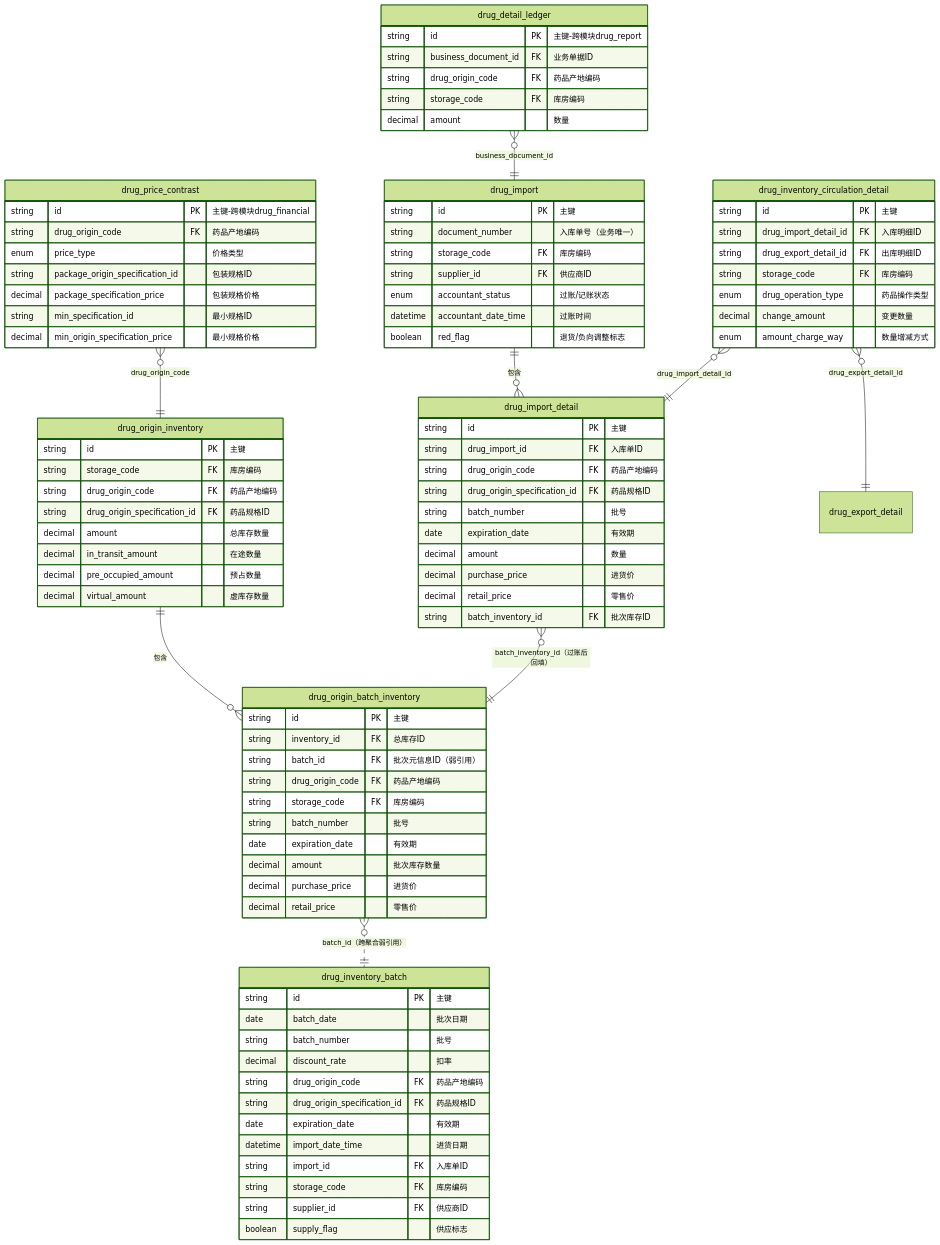
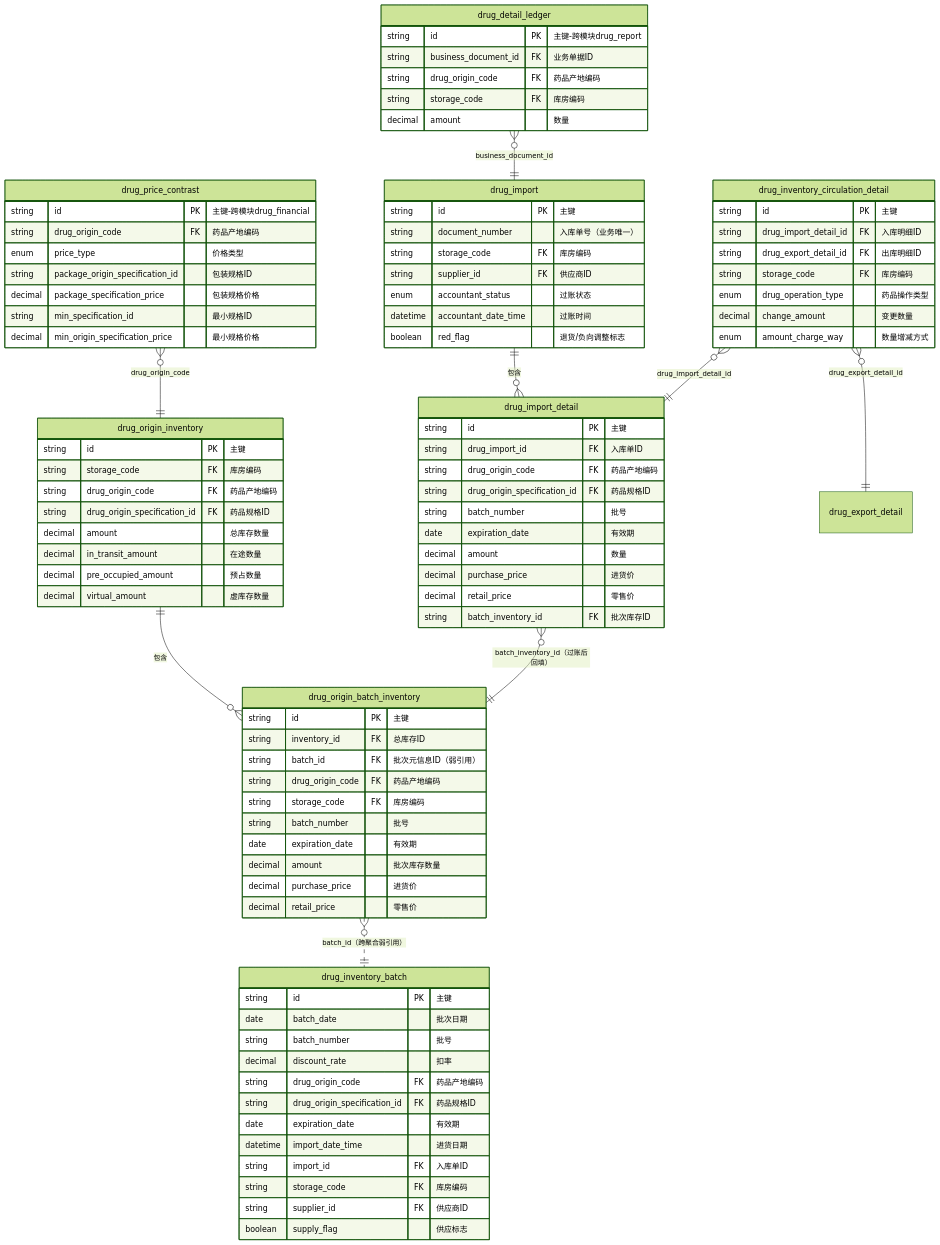
Before and after one commit to toco-ai/.github: the first of 3 diagrams in case-study/TocoAI-HIS-DrugInventory-Case-Study.zh-CN.md, drawn with Mermaid (forest theme). The commit also changed other lines of this file, not shown here.

```diff
--- a/case-study/TocoAI-HIS-DrugInventory-Case-Study.zh-CN.md
+++ b/case-study/TocoAI-HIS-DrugInventory-Case-Study.zh-CN.md
@@ -120,7 +120,7 @@
         string document_number "入库单号（业务唯一）"
         string storage_code FK "库房编码"
         string supplier_id FK "供应商ID"
-        enum accountant_status "过账/记账状态"
+        enum accountant_status "过账状态"
         datetime accountant_date_time "过账时间"
         boolean red_flag "退货/负向调整标志"
     }
```
